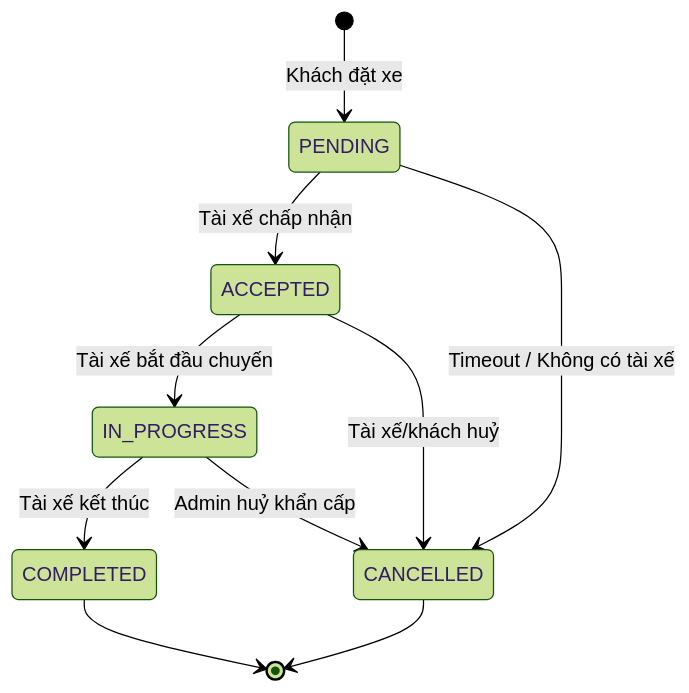
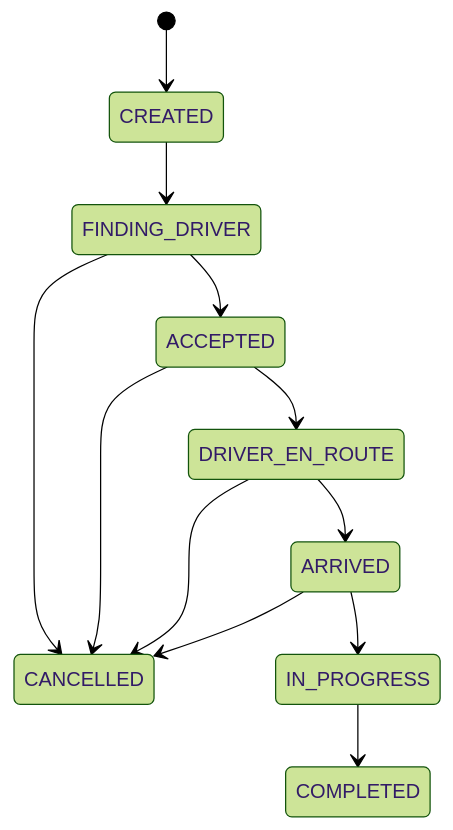
One commit to foxxiee04/Cab-Booking-System-Project changed the fourth of 7 diagrams in README.md. Above: the diagram before and after it, drawn with Mermaid (forest theme). The commit also changed other lines of this file and 8 other files, not shown here.

````diff
--- a/README.md
+++ b/README.md
@@ -514,15 +378,14 @@
 ```mermaid
 stateDiagram-v2
-    [*] --> PENDING : Khách đặt xe
-    PENDING --> ACCEPTED : Tài xế chấp nhận
-    PENDING --> CANCELLED : Timeout / Không có tài xế
-
-    ACCEPTED --> IN_PROGRESS : Tài xế bắt đầu chuyến
-    ACCEPTED --> CANCELLED : Tài xế/khách huỷ
-
-    IN_PROGRESS --> COMPLETED : Tài xế kết thúc
-    IN_PROGRESS --> CANCELLED : Admin huỷ khẩn cấp
-
-    COMPLETED --> [*]
-    CANCELLED --> [*]
+    [*] --> CREATED
+    CREATED --> FINDING_DRIVER
+    FINDING_DRIVER --> ACCEPTED
+    FINDING_DRIVER --> CANCELLED
+    ACCEPTED --> DRIVER_EN_ROUTE
+    DRIVER_EN_ROUTE --> ARRIVED
+    ARRIVED --> IN_PROGRESS
+    IN_PROGRESS --> COMPLETED
+    ACCEPTED --> CANCELLED
+    DRIVER_EN_ROUTE --> CANCELLED
+    ARRIVED --> CANCELLED
 ```
````
